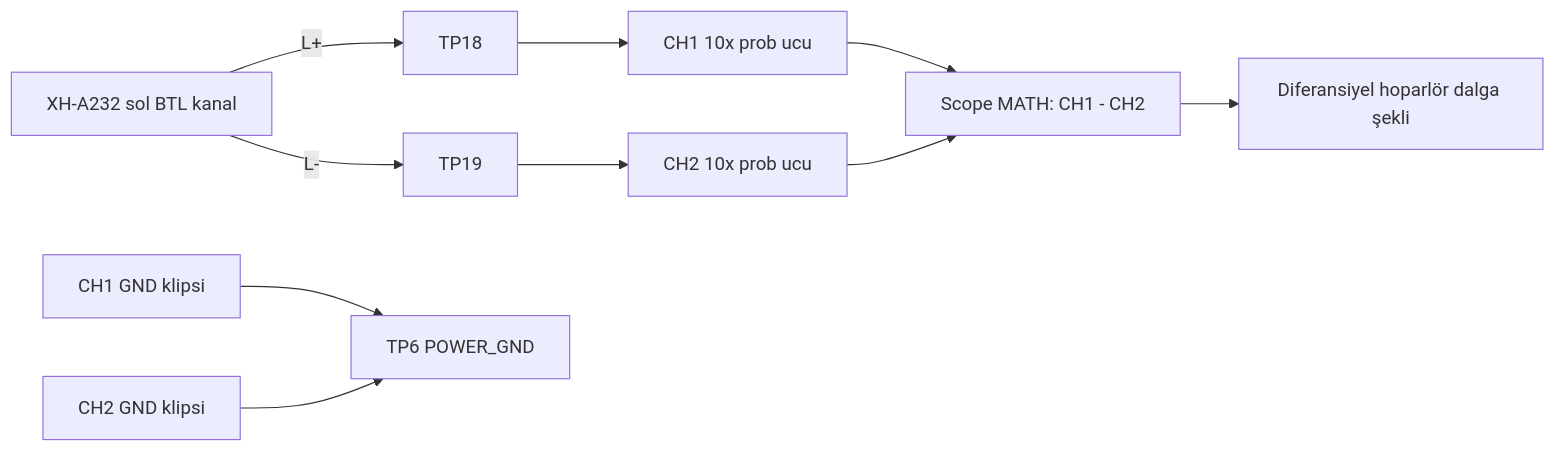
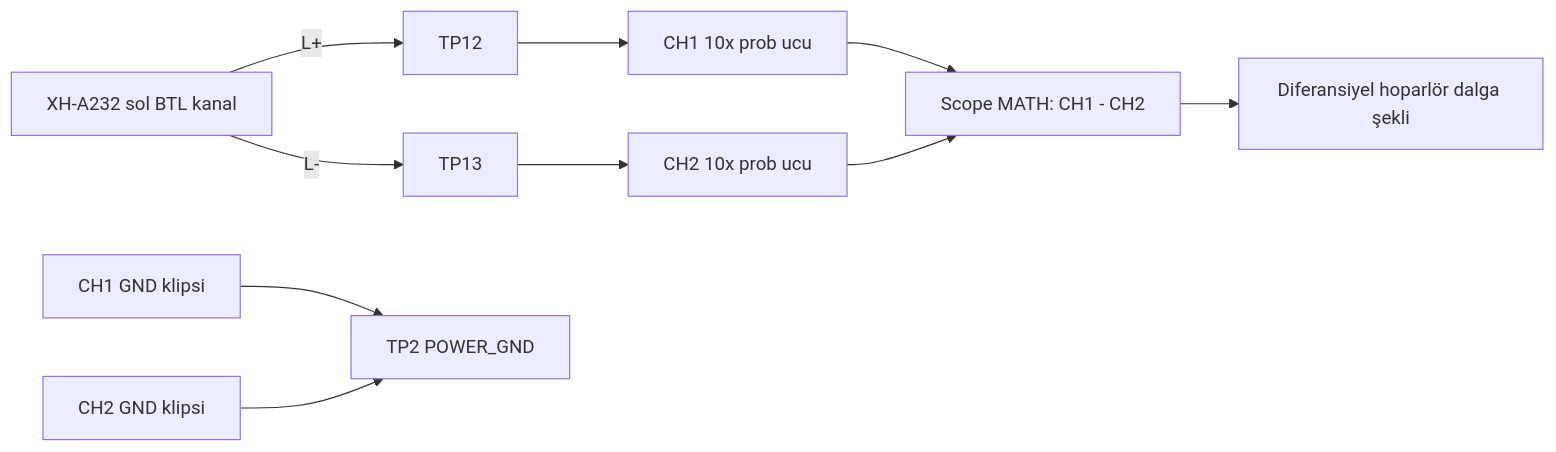
One commit to ktahatastan/esp32-airplay-speakers changed the seventh of 7 diagrams in docs/02-hardware/circuit-and-wiring-plan.md. Above: the diagram before and after it, drawn with Mermaid. The commit also changed other lines of this file and 226 other files, not shown here.

````diff
--- a/docs/02-hardware/circuit-and-wiring-plan.md
+++ b/docs/02-hardware/circuit-and-wiring-plan.md
@@ -436,13 +357,13 @@
 ```mermaid
 flowchart LR
     AMP4[XH-A232 sol BTL kanal]
-    AMP4 -->|L+| TP18[TP18]
-    AMP4 -->|L-| TP19[TP19]
-    TP18 --> P1[CH1 10x prob ucu]
-    TP19 --> P2[CH2 10x prob ucu]
+    AMP4 -->|L+| TP12[TP12]
+    AMP4 -->|L-| TP13[TP13]
+    TP12 --> P1[CH1 10x prob ucu]
+    TP13 --> P2[CH2 10x prob ucu]
     P1 --> MATH[Scope MATH: CH1 - CH2]
     P2 --> MATH
-    PG1[CH1 GND klipsi] --> TP6A[TP6 POWER_GND]
-    PG2[CH2 GND klipsi] --> TP6A
+    PG1[CH1 GND klipsi] --> TP2A[TP2 POWER_GND]
+    PG2[CH2 GND klipsi] --> TP2A
     MATH --> AUDIO[Diferansiyel hoparlör dalga şekli]
 ```
````
